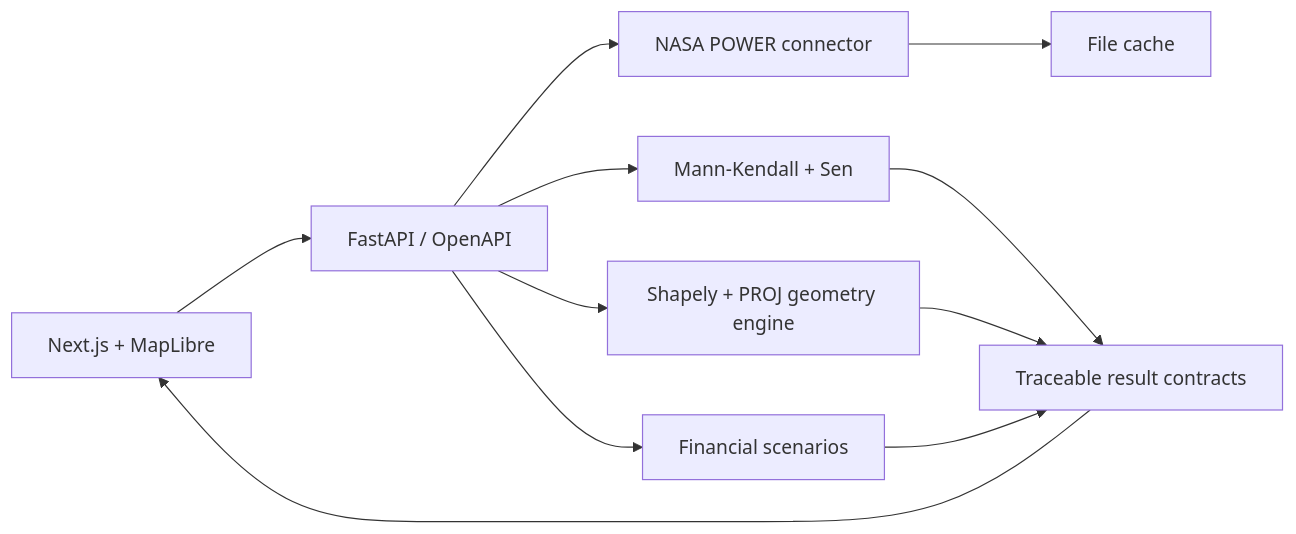
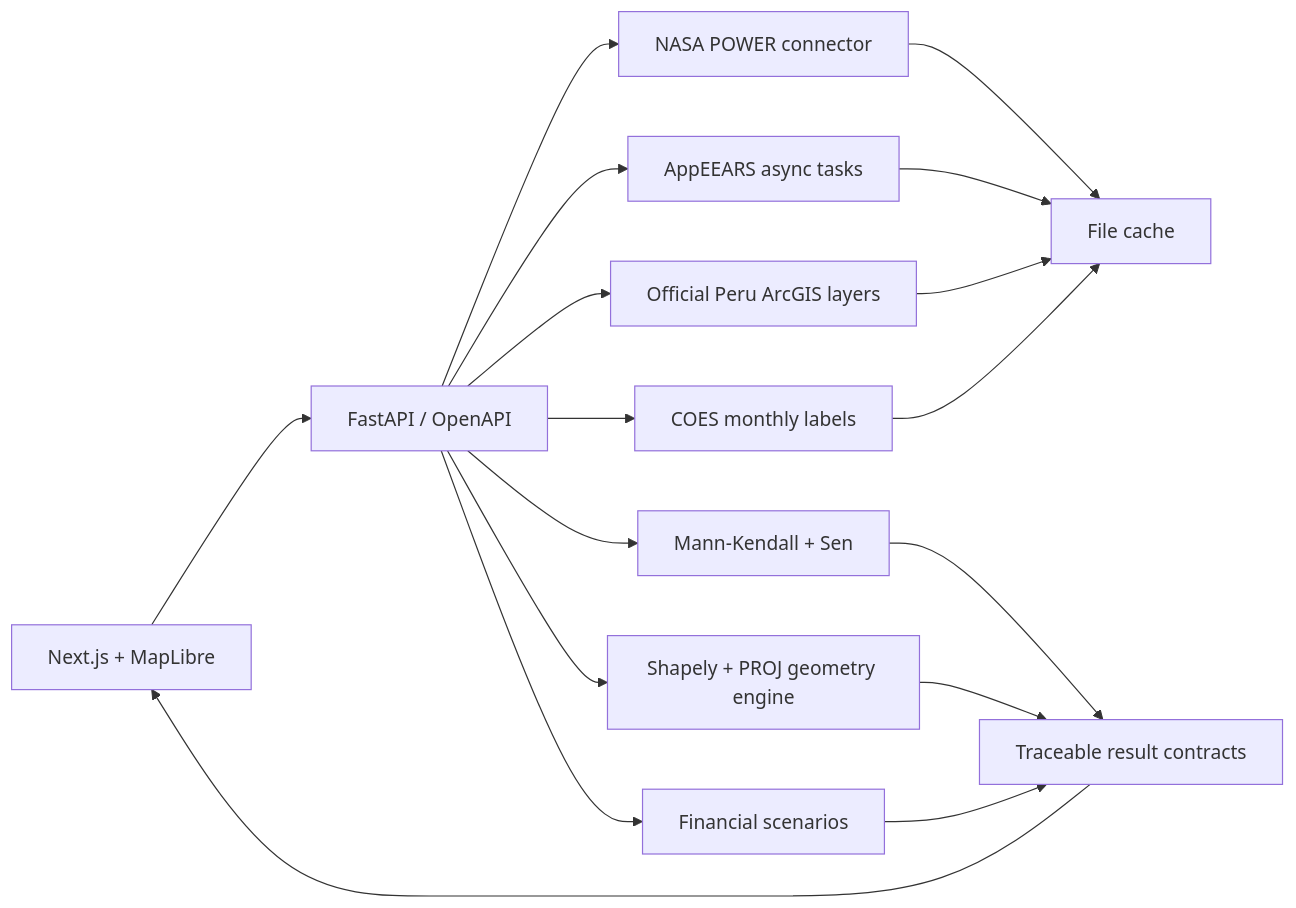
Before and after one commit to AndresVZ23/los-causas-espaciales: the diagram in docs/nasa-submission/TECHNICAL_ARCHITECTURE.md, drawn with Mermaid. The commit also changed other lines of this file and 20 other files, not shown here.

Commit message:
feat(data): add AppEEARS Peru layers and COES labels

````diff
--- a/docs/nasa-submission/TECHNICAL_ARCHITECTURE.md
+++ b/docs/nasa-submission/TECHNICAL_ARCHITECTURE.md
@@ -3,13 +3,19 @@
 ```mermaid
 flowchart LR
   UI[Next.js + MapLibre] --> API[FastAPI / OpenAPI]
   API --> POWER[NASA POWER connector]
+  API --> APPEEARS[AppEEARS async tasks]
+  API --> PERU[Official Peru ArcGIS layers]
+  API --> COES[COES monthly labels]
   POWER --> CACHE[File cache]
+  APPEEARS --> CACHE
+  PERU --> CACHE
+  COES --> CACHE
   API --> STATS[Mann-Kendall + Sen]
   API --> GEO[Shapely + PROJ geometry engine]
   API --> FIN[Financial scenarios]
   STATS --> CONTRACT[Traceable result contracts]
   GEO --> CONTRACT
   FIN --> CONTRACT
   CONTRACT --> UI
 ```
````
